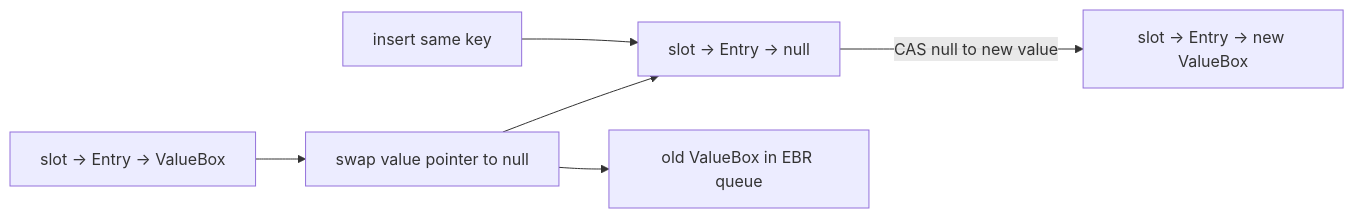
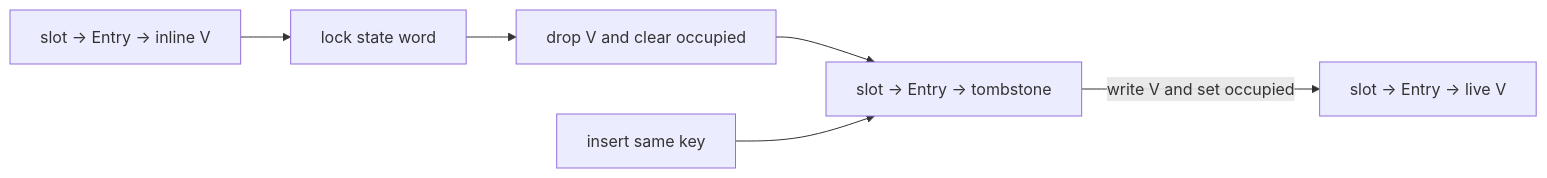
Before and after one commit to Rana718/portfolio: diagram 13 of 16 in src/content/blogs/custom-concurrent-hashmap-rust.mdx, drawn with Mermaid. The commit also changed other lines of this file, not shown here.

````diff
--- a/src/content/blogs/custom-concurrent-hashmap-rust.mdx
+++ b/src/content/blogs/custom-concurrent-hashmap-rust.mdx
@@ -520,8 +511,8 @@
 ```mermaid
 flowchart LR
-    BEFORE["slot → Entry → ValueBox"] --> SWAP["swap value pointer to null"]
-    SWAP --> AFTER["slot → Entry → null"]
-    SWAP --> RETIRED["old ValueBox in EBR queue"]
+    BEFORE["slot → Entry → inline V"] --> LOCK["lock state word"]
+    LOCK --> DROP["drop V and clear occupied"]
+    DROP --> AFTER["slot → Entry → tombstone"]
     REINSERT["insert same key"] --> AFTER
-    AFTER -->|"CAS null to new value"| LIVE["slot → Entry → new ValueBox"]
+    AFTER -->|"write V and set occupied"| LIVE["slot → Entry → live V"]
 ```
````
